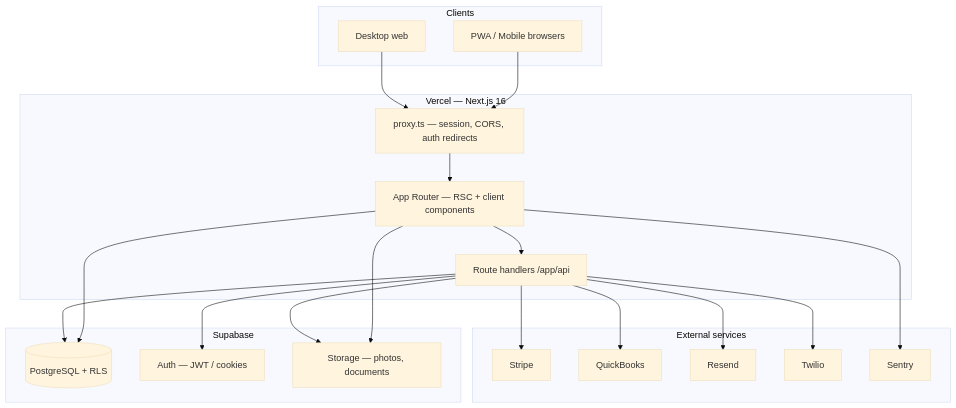
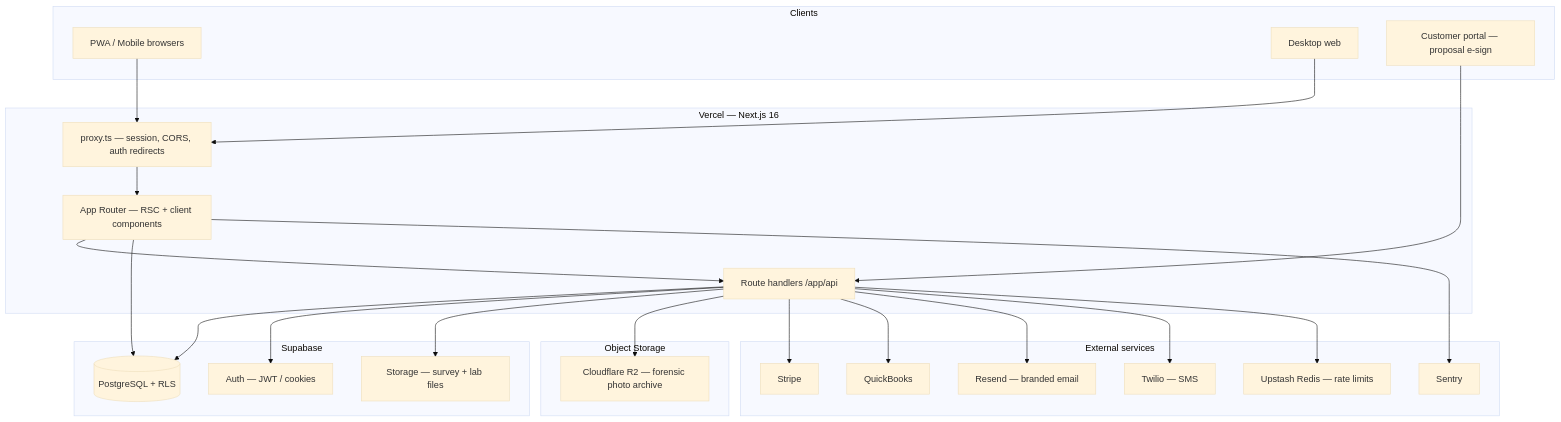
The diagram in docs/ARCHITECTURE-OVERVIEW.md (markahope-aag/hazardos), drawn with Mermaid (base theme) before and after one commit. The commit also changed other lines of this file and 41 other files, not shown here.

````diff
--- a/docs/ARCHITECTURE-OVERVIEW.md
+++ b/docs/ARCHITECTURE-OVERVIEW.md
@@ -17,42 +28,50 @@
 ```mermaid
 flowchart TB
   subgraph clients [Clients]
     PWA[PWA / Mobile browsers]
     Web[Desktop web]
+    Portal[Customer portal — proposal e-sign]
   end
 
   subgraph vercel [Vercel — Next.js 16]
     Proxy[proxy.ts — session, CORS, auth redirects]
     App[App Router — RSC + client components]
     API[Route handlers /app/api]
   end
 
   subgraph supabase [Supabase]
     PG[(PostgreSQL + RLS)]
     Auth[Auth — JWT / cookies]
-    Storage[Storage — photos, documents]
+    Storage[Storage — survey + lab files]
+  end
+
+  subgraph storage [Object Storage]
+    R2[Cloudflare R2 — forensic photo archive]
   end
 
   subgraph external [External services]
     Stripe[Stripe]
     QB[QuickBooks]
-    Resend[Resend]
-    Twilio[Twilio]
+    Resend[Resend — branded email]
+    Twilio[Twilio — SMS]
     Sentry[Sentry]
+    Upstash[Upstash Redis — rate limits]
   end
 
   PWA --> Proxy
   Web --> Proxy
+  Portal --> API
   Proxy --> App
   App --> API
   App --> PG
   API --> PG
   API --> Auth
-  App --> Storage
   API --> Storage
+  API --> R2
   API --> Stripe
   API --> QB
   API --> Resend
   API --> Twilio
+  API --> Upstash
   App --> Sentry
 ```
````
